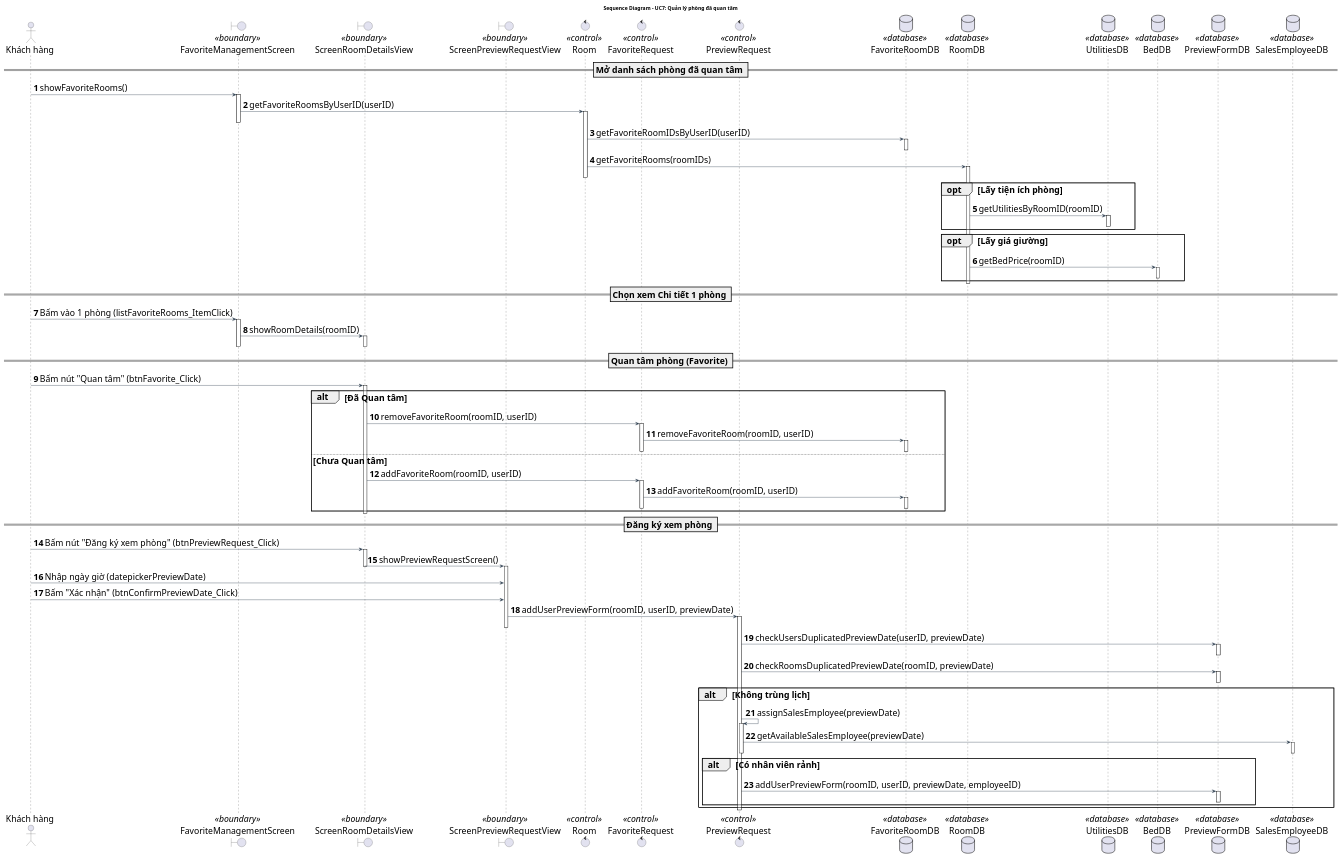
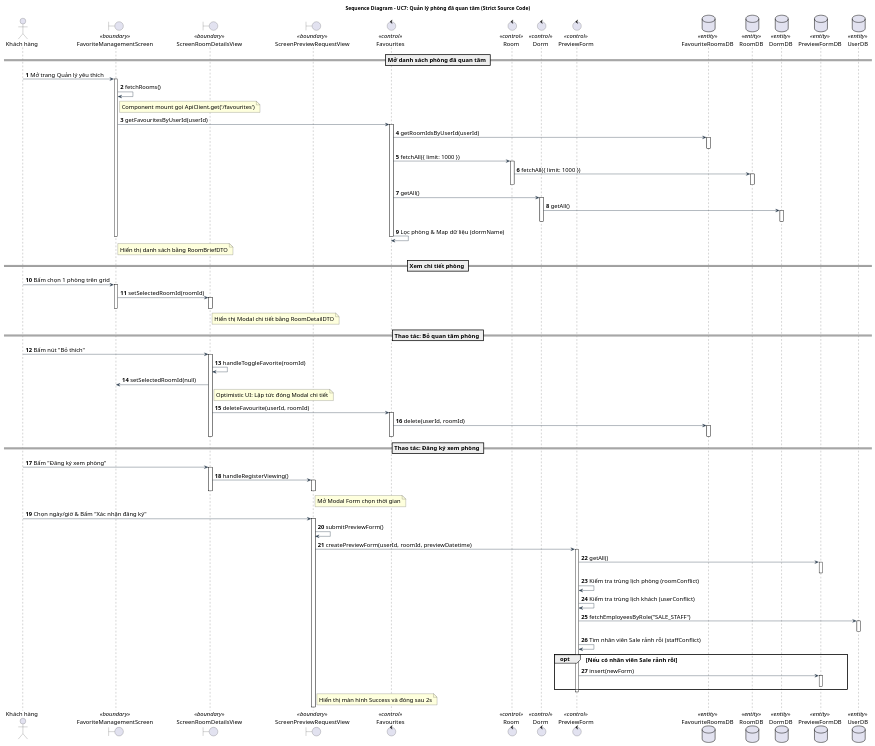
One commit to Gnourt812005/HCMUS-Analyze-and-desgin-IS changed the diagram in doc/system/quan_ly_phong_da_quan_tam/QuanLyPhongDaQuanTam_SequenceDiagram.wsd. Above: the diagram before and after it, drawn with PlantUML. The commit also changed 7 other files, not shown here.

Commit message:
duong/sys-uc: update diagrams

```diff
--- a/doc/system/quan_ly_phong_da_quan_tam/QuanLyPhongDaQuanTam_SequenceDiagram.wsd
+++ b/doc/system/quan_ly_phong_da_quan_tam/QuanLyPhongDaQuanTam_SequenceDiagram.wsd
@@ -1,136 +1,128 @@
-@startuml QuanLyPhongDaQuanTam_SequenceDiagram
-title Sequence Diagram - UC7: Quản lý phòng đã quan tâm
+@startuml QuanLyPhongDaQuanTam_SequenceDiagram_SrcCode
+title Sequence Diagram - UC7: Quản lý phòng đã quan tâm (Strict Source Code)
 
 ' --- STYLE CONFIGURATION ---
 skinparam {
     BackgroundColor White
     ArrowColor #2D3E50
     DefaultFontName "Arial"
-    DefaultFontSize 24
-    ParticipantPadding 20
+    DefaultFontSize 16
+    ParticipantPadding 15
     BoxPadding 10
 }
+
+autonumber
 
 actor "Khách hàng" as Actor
 boundary "FavoriteManagementScreen" as GUI_Favorite <<boundary>>
 boundary "ScreenRoomDetailsView" as GUI_Details <<boundary>>
 boundary "ScreenPreviewRequestView" as GUI_Preview <<boundary>>
+
+control "Favourites" as BUS_Fav <<control>>
 control "Room" as BUS_Room <<control>>
-control "FavoriteRequest" as BUS_Fav <<control>>
-control "PreviewRequest" as BUS_Preview <<control>>
-database "FavoriteRoomDB" as DAO_Fav <<database>>
-database "RoomDB" as DAO_Room <<database>>
-database "UtilitiesDB" as DAO_Utils <<database>>
-database "BedDB" as DAO_Bed <<database>>
-database "PreviewFormDB" as DAO_Preview <<database>>
-database "SalesEmployeeDB" as DAO_Sales <<database>>
+control "Dorm" as BUS_Dorm <<control>>
+control "PreviewForm" as BUS_Preview <<control>>
 
-autonumber
+database "FavouriteRoomsDB" as DAO_Fav <<entity>>
+database "RoomDB" as DAO_Room <<entity>>
+database "DormDB" as DAO_Dorm <<entity>>
+database "PreviewFormDB" as DAO_Preview <<entity>>
+database "UserDB" as DAO_User <<entity>>
 
 == Mở danh sách phòng đã quan tâm ==
-Actor -> GUI_Favorite: showFavoriteRooms()
+Actor -> GUI_Favorite: Mở trang Quản lý yêu thích
 activate GUI_Favorite
+    GUI_Favorite -> GUI_Favorite: fetchRooms()
+    note right of GUI_Favorite: Component mount gọi ApiClient.get('/favourites')
+    
+    GUI_Favorite -> BUS_Fav: getFavouritesByUserId(userId)
+    activate BUS_Fav
+        
+        BUS_Fav -> DAO_Fav: getRoomIdsByUserId(userId)
+        activate DAO_Fav
+        deactivate DAO_Fav
 
-GUI_Favorite -> BUS_Room: getFavoriteRoomsByUserID(userID)
-activate BUS_Room
+        BUS_Fav -> BUS_Room: fetchAll({ limit: 1000 })
+        activate BUS_Room
+            BUS_Room -> DAO_Room: fetchAll({ limit: 1000 })
+            activate DAO_Room
+            deactivate DAO_Room
+        deactivate BUS_Room
+
+        BUS_Fav -> BUS_Dorm: getAll()
+        activate BUS_Dorm
+            BUS_Dorm -> DAO_Dorm: getAll()
+            activate DAO_Dorm
+            deactivate DAO_Dorm
+        deactivate BUS_Dorm
+        
+        BUS_Fav -> BUS_Fav: Lọc phòng & Map dữ liệu (dormName)
+    deactivate BUS_Fav
+    note right of GUI_Favorite: Hiển thị danh sách bằng RoomBriefDTO
 deactivate GUI_Favorite
 
-BUS_Room -> DAO_Fav: getFavoriteRoomIDsByUserID(userID)
-activate DAO_Fav
-deactivate DAO_Fav
-
-BUS_Room -> DAO_Room: getFavoriteRooms(roomIDs)
-activate DAO_Room
-deactivate BUS_Room
-
-opt Lấy tiện ích phòng
-    DAO_Room -> DAO_Utils: getUtilitiesByRoomID(roomID)
-    activate DAO_Utils
-    deactivate DAO_Utils
-end
-
-opt Lấy giá giường
-    DAO_Room -> DAO_Bed: getBedPrice(roomID)
-    activate DAO_Bed
-    deactivate DAO_Bed
-end
-
-deactivate DAO_Room
-deactivate BUS_Room
+== Xem chi tiết phòng ==
+Actor -> GUI_Favorite: Bấm chọn 1 phòng trên grid
+activate GUI_Favorite
+    GUI_Favorite -> GUI_Details: setSelectedRoomId(roomId)
+    activate GUI_Details
+        note right of GUI_Details: Hiển thị Modal chi tiết bằng RoomDetailDTO
+    deactivate GUI_Details
 deactivate GUI_Favorite
 
-== Chọn xem Chi tiết 1 phòng ==
-Actor -> GUI_Favorite: Bấm vào 1 phòng (listFavoriteRooms_ItemClick)
-activate GUI_Favorite
-GUI_Favorite -> GUI_Details: showRoomDetails(roomID)
+== Thao tác: Bỏ quan tâm phòng ==
+Actor -> GUI_Details: Bấm nút "Bỏ thích"
 activate GUI_Details
-deactivate GUI_Favorite
+    GUI_Details -> GUI_Details: handleToggleFavorite(roomId)
+    
+    GUI_Details -> GUI_Favorite: setSelectedRoomId(null)
+    note right of GUI_Details: Optimistic UI: Lập tức đóng Modal chi tiết
+    
+    GUI_Details -> BUS_Fav: deleteFavourite(userId, roomId)
+    activate BUS_Fav
+        BUS_Fav -> DAO_Fav: delete(userId, roomId)
+        activate DAO_Fav
+        deactivate DAO_Fav
+    deactivate BUS_Fav
 deactivate GUI_Details
 
-== Quan tâm phòng (Favorite) ==
-Actor -> GUI_Details: Bấm nút "Quan tâm" (btnFavorite_Click)
+== Thao tác: Đăng ký xem phòng ==
+Actor -> GUI_Details: Bấm "Đăng ký xem phòng"
 activate GUI_Details
-alt Đã Quan tâm
-    GUI_Details -> BUS_Fav: removeFavoriteRoom(roomID, userID)
-    activate BUS_Fav
-
-    BUS_Fav -> DAO_Fav: removeFavoriteRoom(roomID, userID)
-    activate DAO_Fav
-    deactivate DAO_Fav
-
-    deactivate BUS_Fav
-else Chưa Quan tâm
-    GUI_Details -> BUS_Fav: addFavoriteRoom(roomID, userID)
-    activate BUS_Fav
-
-    BUS_Fav -> DAO_Fav: addFavoriteRoom(roomID, userID)
-    activate DAO_Fav
-    deactivate DAO_Fav
-
-    deactivate BUS_Fav
-end
+    GUI_Details -> GUI_Preview: handleRegisterViewing()
+    activate GUI_Preview
+        note right of GUI_Preview: Mở Modal Form chọn thời gian
+    deactivate GUI_Preview
 deactivate GUI_Details
 
-== Đăng ký xem phòng ==
-Actor -> GUI_Details: Bấm nút "Đăng ký xem phòng" (btnPreviewRequest_Click)
-activate GUI_Details
-GUI_Details -> GUI_Preview: showPreviewRequestScreen()
-deactivate GUI_Details
+Actor -> GUI_Preview: Chọn ngày/giờ & Bấm "Xác nhận đăng ký"
 activate GUI_Preview
-
-Actor -> GUI_Preview: Nhập ngày giờ (datepickerPreviewDate)
-Actor -> GUI_Preview: Bấm "Xác nhận" (btnConfirmPreviewDate_Click)
-
-GUI_Preview -> BUS_Preview: addUserPreviewForm(roomID, userID, previewDate)
-activate BUS_Preview
-deactivate GUI_Preview
-
-BUS_Preview -> DAO_Preview: checkUsersDuplicatedPreviewDate(userID, previewDate)
-activate DAO_Preview
-deactivate DAO_Preview
-
-BUS_Preview -> DAO_Preview: checkRoomsDuplicatedPreviewDate(roomID, previewDate)
-activate DAO_Preview
-deactivate DAO_Preview
-
-alt Không trùng lịch
-    BUS_Preview -> BUS_Preview: assignSalesEmployee(previewDate)
+    GUI_Preview -> GUI_Preview: submitPreviewForm()
+    
+    GUI_Preview -> BUS_Preview: createPreviewForm(userId, roomId, previewDatetime)
     activate BUS_Preview
-    
-    BUS_Preview -> DAO_Sales: getAvailableSalesEmployee(previewDate)
-    activate DAO_Sales
-    deactivate DAO_Sales
-    
-    deactivate BUS_Preview
-
-    alt Có nhân viên rảnh
-        BUS_Preview -> DAO_Preview: addUserPreviewForm(roomID, userID, previewDate, employeeID)
+        
+        BUS_Preview -> DAO_Preview: getAll()
         activate DAO_Preview
         deactivate DAO_Preview
-    end
-end
 
-deactivate BUS_Preview
+        BUS_Preview -> BUS_Preview: Kiểm tra trùng lịch phòng (roomConflict)
+        BUS_Preview -> BUS_Preview: Kiểm tra trùng lịch khách (userConflict)
+
+        BUS_Preview -> DAO_User: fetchEmployeesByRole("SALE_STAFF")
+        activate DAO_User
+        deactivate DAO_User
+
+        BUS_Preview -> BUS_Preview: Tìm nhân viên Sale rảnh rỗi (staffConflict)
+
+        opt Nếu có nhân viên Sale rảnh rỗi
+            BUS_Preview -> DAO_Preview: insert(newForm)
+            activate DAO_Preview
+            deactivate DAO_Preview
+        end
+
+    deactivate BUS_Preview
+    
+    note right of GUI_Preview: Hiển thị màn hình Success và đóng sau 2s
 deactivate GUI_Preview
-
 @enduml
```
